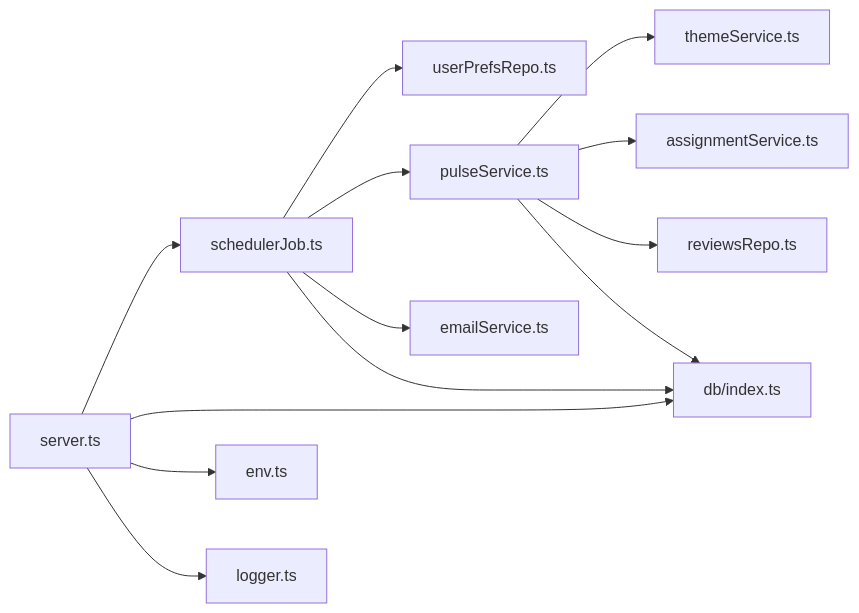
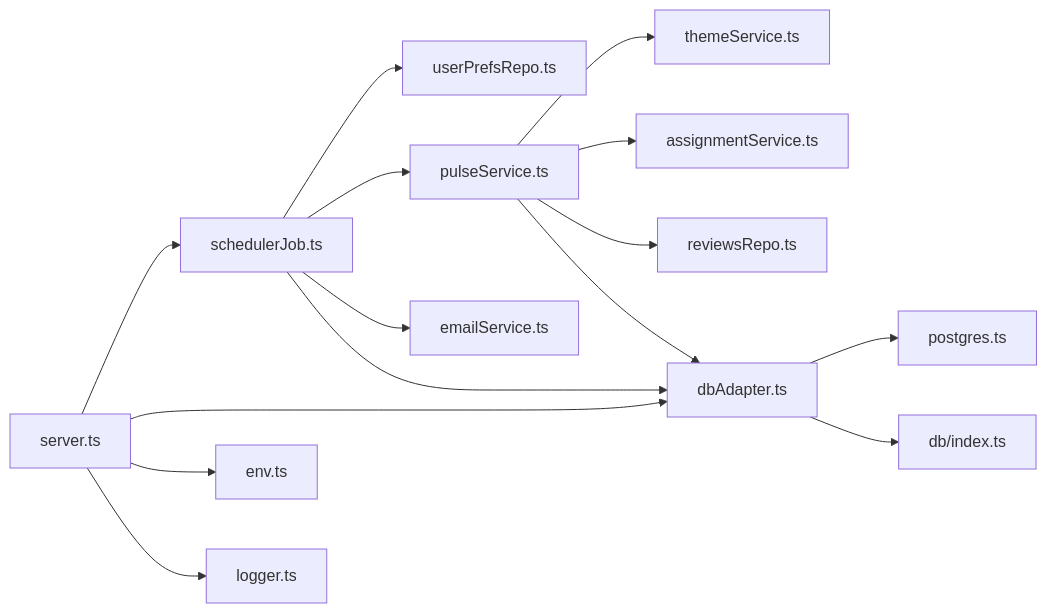
One commit to aravinthraj-ramalingam/Groww-App-Review-Insights-Analyzer- changed the tenth of 10 diagrams in .qoder/repowiki/en/content/Phase 2_ Advanced Analytics & Automation/Automated Job Scheduling.md. Above: the diagram before and after it, drawn with Mermaid. The commit also changed other lines of this file and 10 other files, not shown here.

````diff
--- a/.qoder/repowiki/en/content/Phase 2_ Advanced Analytics & Automation/Automated Job Scheduling.md
+++ b/.qoder/repowiki/en/content/Phase 2_ Advanced Analytics & Automation/Automated Job Scheduling.md
@@ -485,15 +569,17 @@
 ```mermaid
 graph LR
 SJ["schedulerJob.ts"] --> UPR["userPrefsRepo.ts"]
 SJ --> PS["pulseService.ts"]
 SJ --> ES["emailService.ts"]
-SJ --> DB["db/index.ts"]
+SJ --> DB["dbAdapter.ts"]
 PS --> TS["themeService.ts"]
 PS --> AS["assignmentService.ts"]
 PS --> RR["reviewsRepo.ts"]
 PS --> DB
 Srv["server.ts"] --> SJ
 Srv --> DB
 Srv --> CFG["env.ts"]
 Srv --> LOG["logger.ts"]
+DB --> PG["postgres.ts"]
+DB --> IDX["db/index.ts"]
 ```
````
